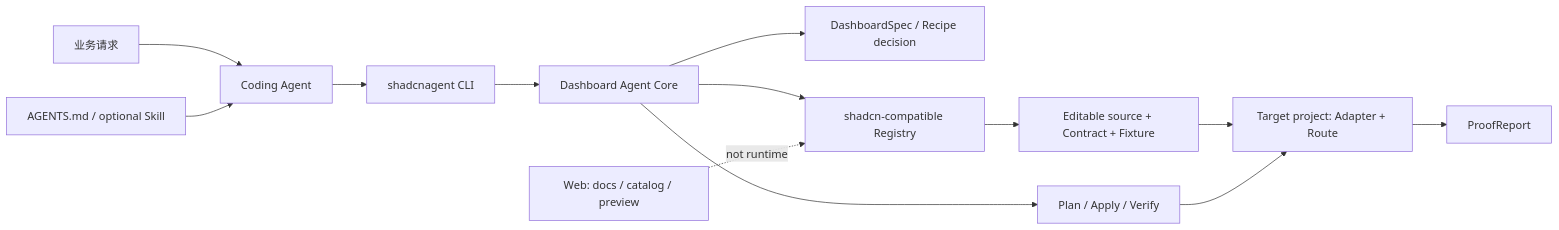
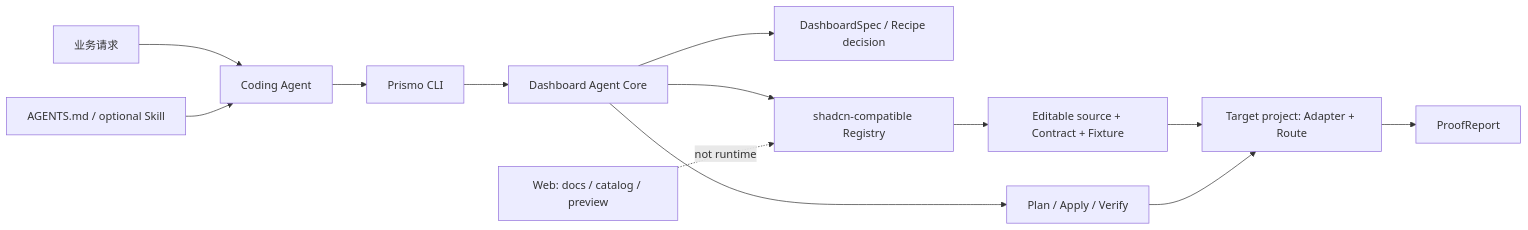
The diagram in docs/product/cli-first-baseline.md (ckken/prismo), drawn with Mermaid before and after one commit. The commit also changed other lines of this file and 42 other files, not shown here.

Commit message:
feat: rebrand shadcnagent as prismo

````diff
--- a/docs/product/cli-first-baseline.md
+++ b/docs/product/cli-first-baseline.md
@@ -47,15 +47,15 @@
 ```mermaid
 flowchart LR
   U["业务请求"] --> A["Coding Agent"]
   G["AGENTS.md / optional Skill"] --> A
-  A --> C["shadcnagent CLI"]
+  A --> C["Prismo CLI"]
   C --> D["Dashboard Agent Core"]
   D --> S["DashboardSpec / Recipe decision"]
   D --> R["shadcn-compatible Registry"]
   D --> P["Plan / Apply / Verify"]
   R --> T["Editable source + Contract + Fixture"]
   T --> X["Target project: Adapter + Route"]
   P --> X
   X --> E["ProofReport"]
   W["Web: docs / catalog / preview"] -. "not runtime" .-> R
 ```
````
